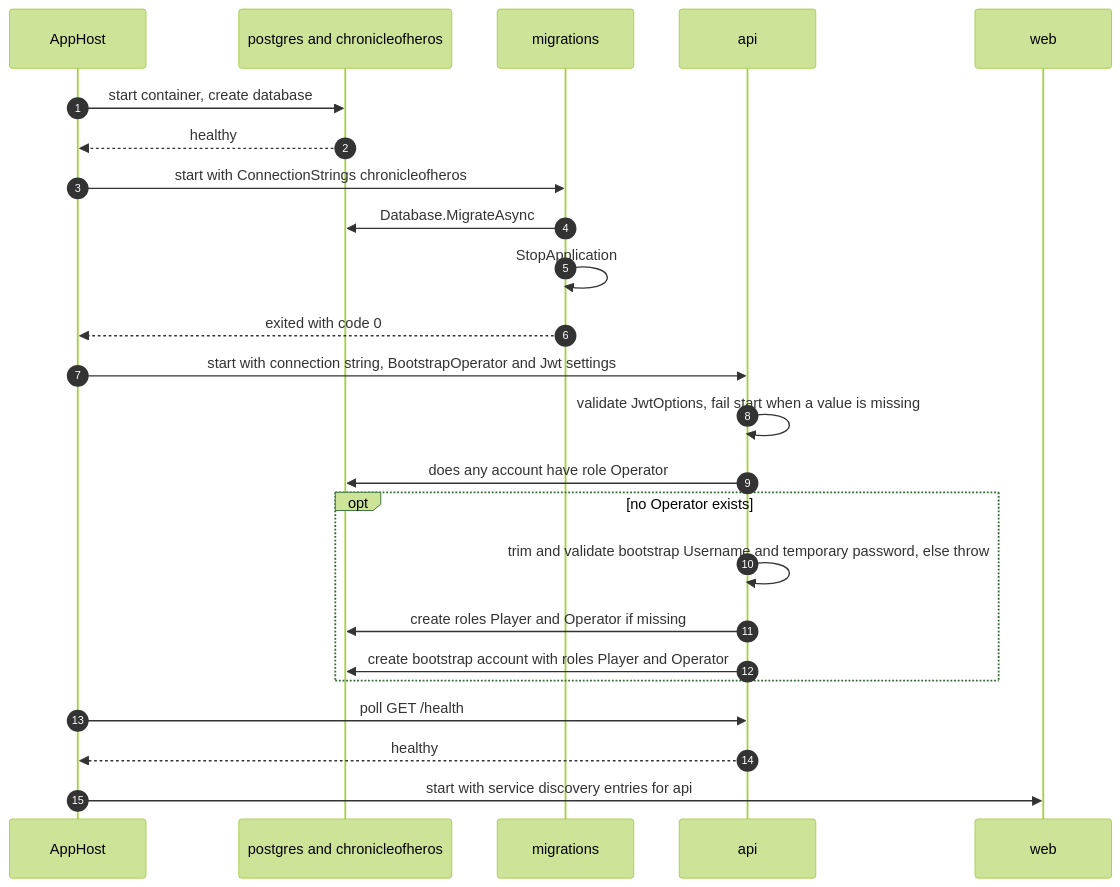
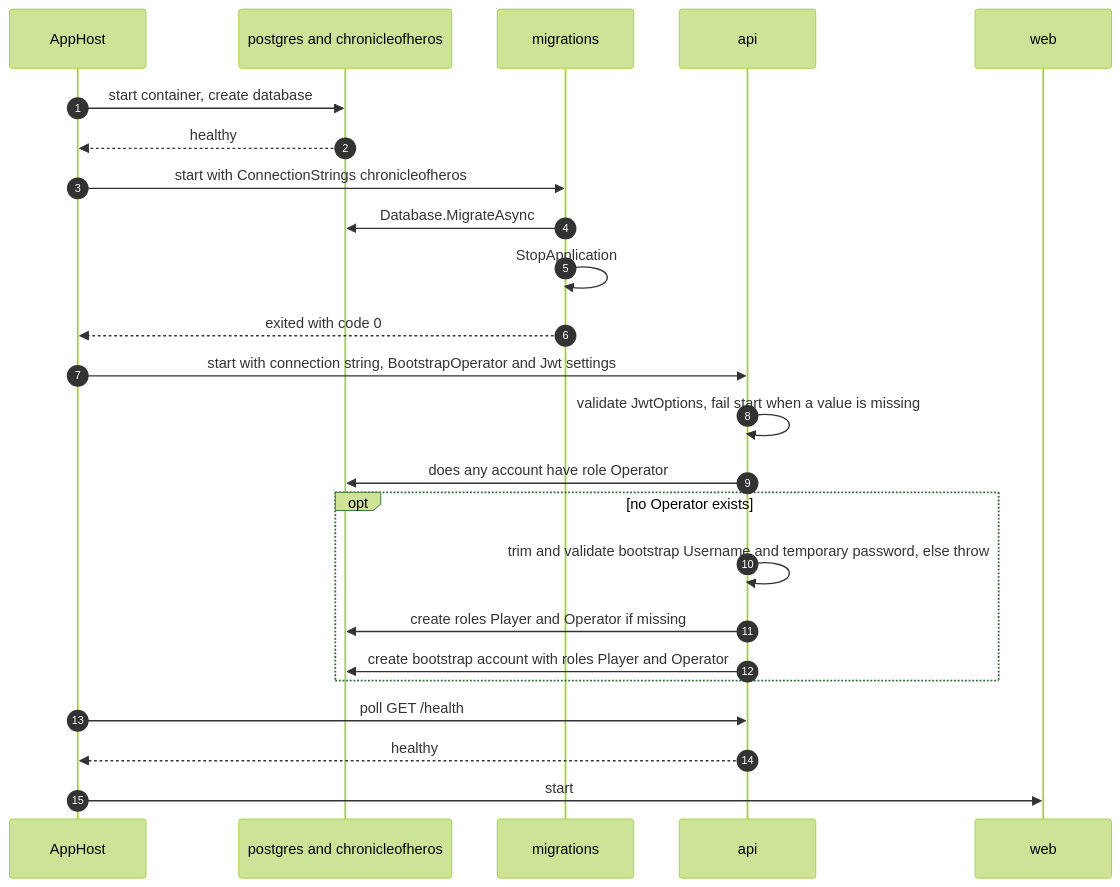
Before and after one commit to FlorianAlbert/ChronicleOfHeros: the diagram in docs/architecture/flows/startup.md, drawn with Mermaid (forest theme). The commit also changed other lines of this file and 28 other files, not shown here.

````diff
--- a/docs/architecture/flows/startup.md
+++ b/docs/architecture/flows/startup.md
@@ -9,26 +9,26 @@
 ```mermaid
 sequenceDiagram
     autonumber
     participant AppHost
     participant Postgres as postgres and chronicleofheros
     participant Migrations as migrations
     participant Api as api
     participant Web as web
     AppHost->>Postgres: start container, create database
     Postgres-->>AppHost: healthy
     AppHost->>Migrations: start with ConnectionStrings chronicleofheros
     Migrations->>Postgres: Database.MigrateAsync
     Migrations->>Migrations: StopApplication
     Migrations-->>AppHost: exited with code 0
     AppHost->>Api: start with connection string, BootstrapOperator and Jwt settings
     Api->>Api: validate JwtOptions, fail start when a value is missing
     Api->>Postgres: does any account have role Operator
     opt no Operator exists
         Api->>Api: trim and validate bootstrap Username and temporary password, else throw
         Api->>Postgres: create roles Player and Operator if missing
         Api->>Postgres: create bootstrap account with roles Player and Operator
     end
     AppHost->>Api: poll GET /health
     Api-->>AppHost: healthy
-    AppHost->>Web: start with service discovery entries for api
+    AppHost->>Web: start
 ```
````
